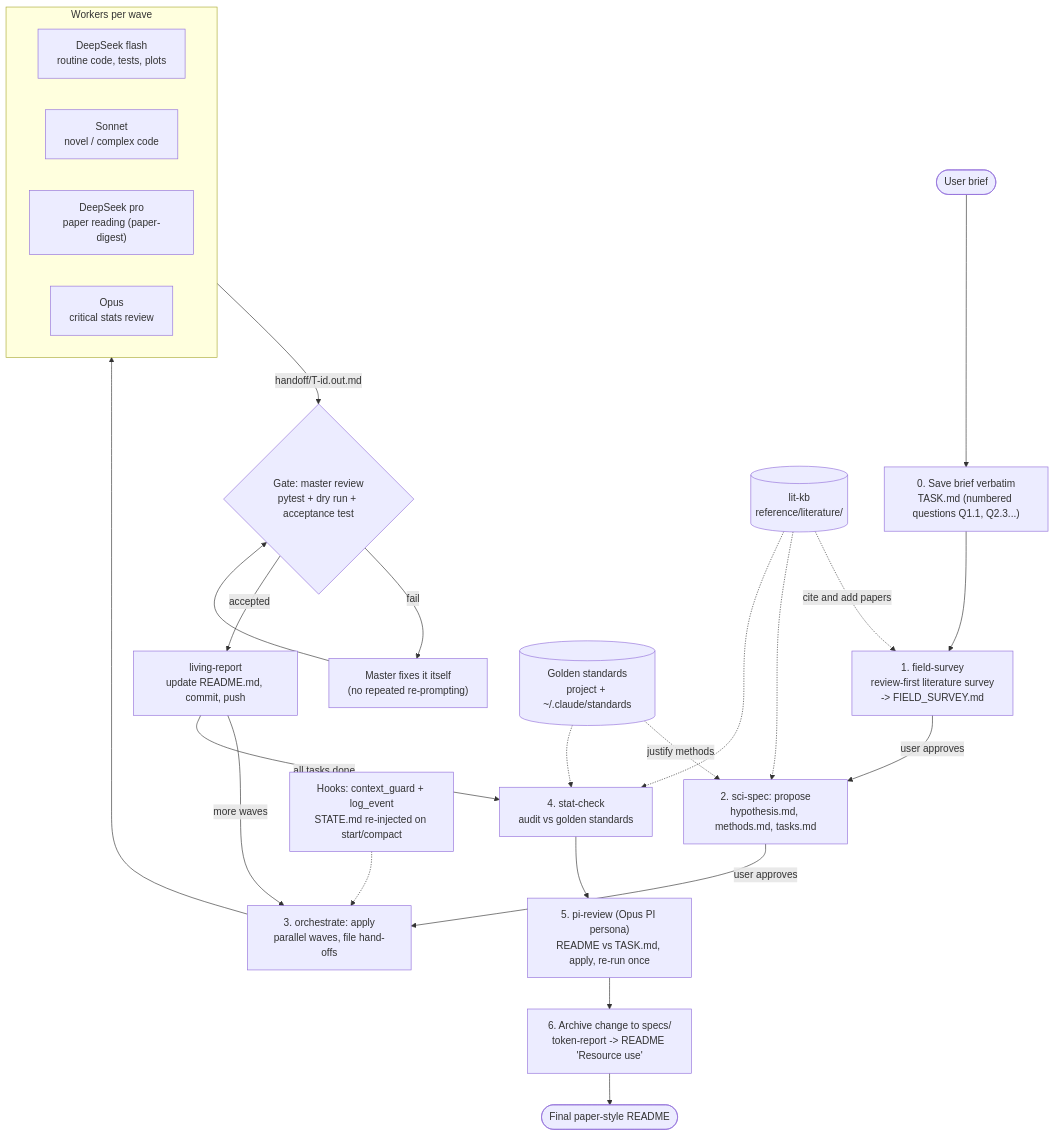
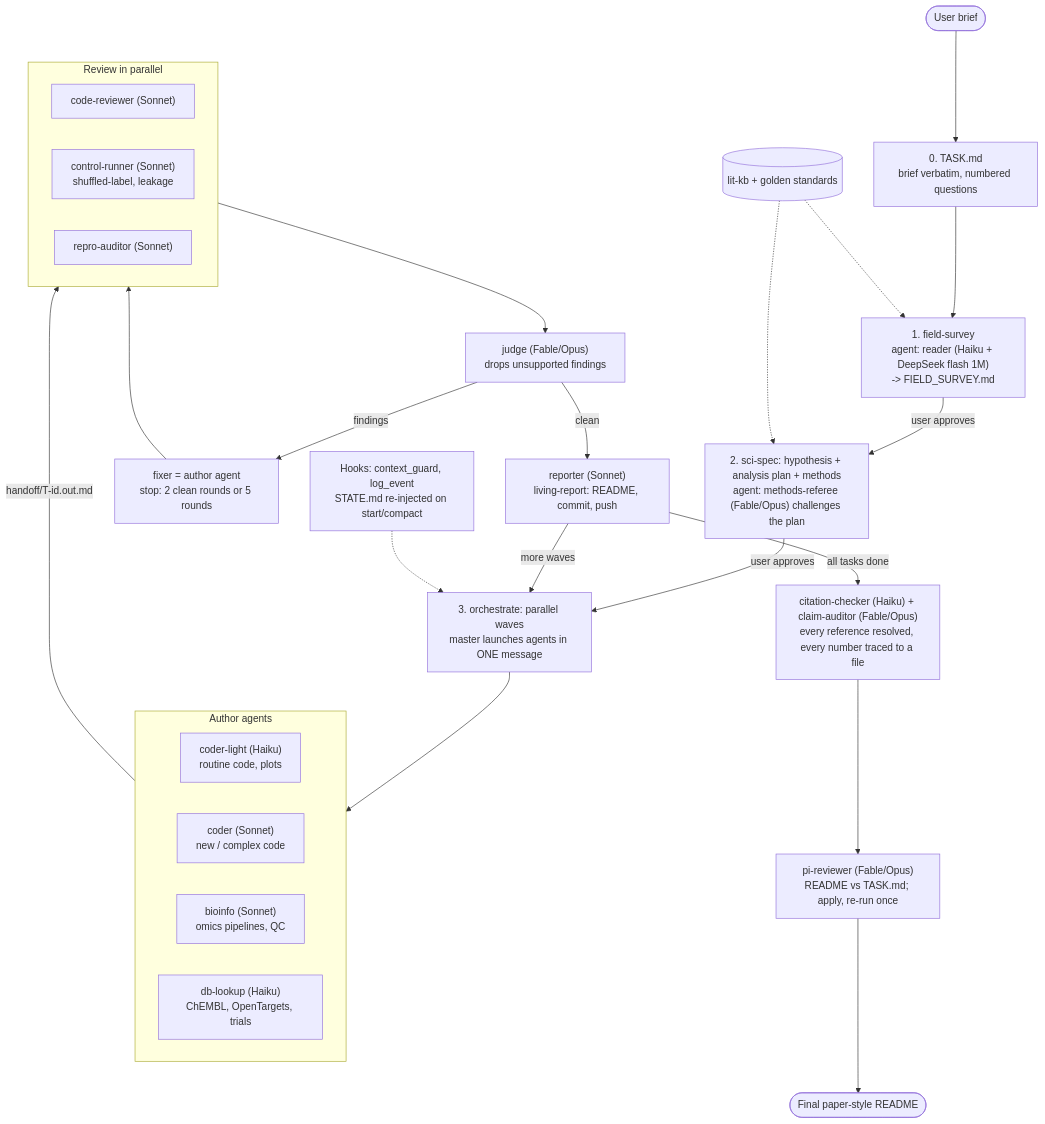
The diagram in README.md (DFan03/claude-env), drawn with Mermaid before and after one commit. The commit also changed other lines of this file and 3 other files, not shown here.

First line of the commit message:
Docs: new specialist-agent roster and routing in README, CLAUDE.md, orchestrate, sci-spec

````diff
--- a/README.md
+++ b/README.md
@@ -18,32 +18,36 @@
 ```mermaid
 flowchart TD
-    U([User brief]) --> T0["0. Save brief verbatim<br/>TASK.md (numbered questions Q1.1, Q2.3...)"]
-    T0 --> S1["1. field-survey<br/>review-first literature survey<br/>-> FIELD_SURVEY.md"]
-    S1 -->|user approves| S2["2. sci-spec: propose<br/>hypothesis.md, methods.md, tasks.md"]
-    S2 -->|user approves| S3["3. orchestrate: apply<br/>parallel waves, file hand-offs"]
+    U([User brief]) --> T0["0. TASK.md<br/>brief verbatim, numbered questions"]
+    T0 --> S1["1. field-survey<br/>agent: reader (Haiku + DeepSeek flash 1M)<br/>-> FIELD_SURVEY.md"]
+    S1 -->|user approves| S2["2. sci-spec: hypothesis + analysis plan + methods<br/>agent: methods-referee (Fable/Opus) challenges the plan"]
+    S2 -->|user approves| S3["3. orchestrate: parallel waves<br/>master launches agents in ONE message"]
 
-    subgraph WORKERS [Workers per wave]
+    subgraph AUTH [Author agents]
         direction LR
-        W1["DeepSeek flash<br/>routine code, tests, plots"]
-        W2["Sonnet<br/>novel / complex code"]
-        W3["DeepSeek pro<br/>paper reading (paper-digest)"]
-        W4["Opus<br/>critical stats review"]
+        A1["coder-light (Haiku)<br/>routine code, plots"]
+        A2["coder (Sonnet)<br/>new / complex code"]
+        A3["bioinfo (Sonnet)<br/>omics pipelines, QC"]
+        A4["db-lookup (Haiku)<br/>ChEMBL, OpenTargets, trials"]
     end
-    S3 --> WORKERS
-    WORKERS -->|"handoff/T-id.out.md"| G{"Gate: master review<br/>pytest + dry run + acceptance test"}
-    G -->|fail| FIX["Master fixes it itself<br/>(no repeated re-prompting)"]
-    FIX --> G
-    G -->|accepted| R["living-report<br/>update README.md, commit, push"]
-    R -->|more waves| S3
-    R -->|all tasks done| V["4. stat-check<br/>audit vs golden standards"]
-    V --> PI["5. pi-review (Opus PI persona)<br/>README vs TASK.md, apply, re-run once"]
-    PI --> A["6. Archive change to specs/<br/>token-report -> README 'Resource use'"]
-    A --> D([Final paper-style README])
+    S3 --> AUTH
+    AUTH -->|"handoff/T-id.out.md"| REV
 
-    LIT[("lit-kb<br/>reference/literature/")] -.cite and add papers.-> S1
+    subgraph REV [Review in parallel]
+        direction LR
+        R1["code-reviewer (Sonnet)"]
+        R2["control-runner (Sonnet)<br/>shuffled-label, leakage"]
+        R3["repro-auditor (Sonnet)"]
+    end
+    REV --> J["judge (Fable/Opus)<br/>drops unsupported findings"]
+    J -->|findings| FX["fixer = author agent<br/>stop: 2 clean rounds or 5 rounds"]
+    FX --> REV
+    J -->|clean| RP["reporter (Sonnet)<br/>living-report: README, commit, push"]
+    RP -->|more waves| S3
+    RP -->|all tasks done| CA["citation-checker (Haiku) + claim-auditor (Fable/Opus)<br/>every reference resolved, every number traced to a file"]
+    CA --> PI["pi-reviewer (Fable/Opus)<br/>README vs TASK.md; apply, re-run once"]
+    PI --> D([Final paper-style README])
+
+    LIT[("lit-kb + golden standards")] -.-> S1
     LIT -.-> S2
-    LIT -.-> V
-    STD[("Golden standards<br/>project + ~/.claude/standards")] -.justify methods.-> S2
-    STD -.-> V
-    HK["Hooks: context_guard + log_event<br/>STATE.md re-injected on start/compact"] -.-> S3
+    HK["Hooks: context_guard, log_event<br/>STATE.md re-injected on start/compact"] -.-> S3
 ```
````
